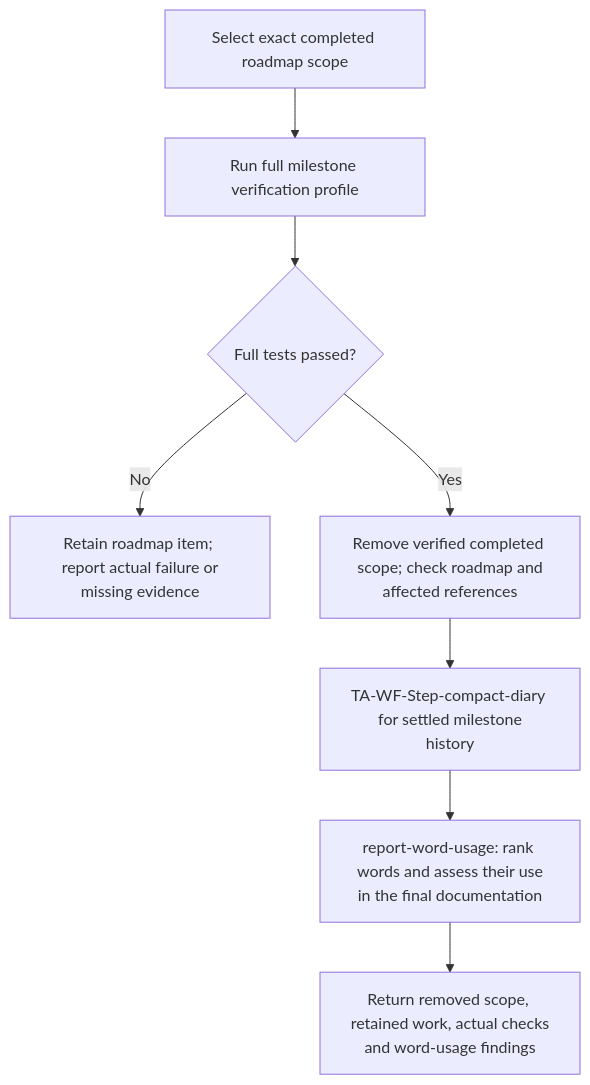
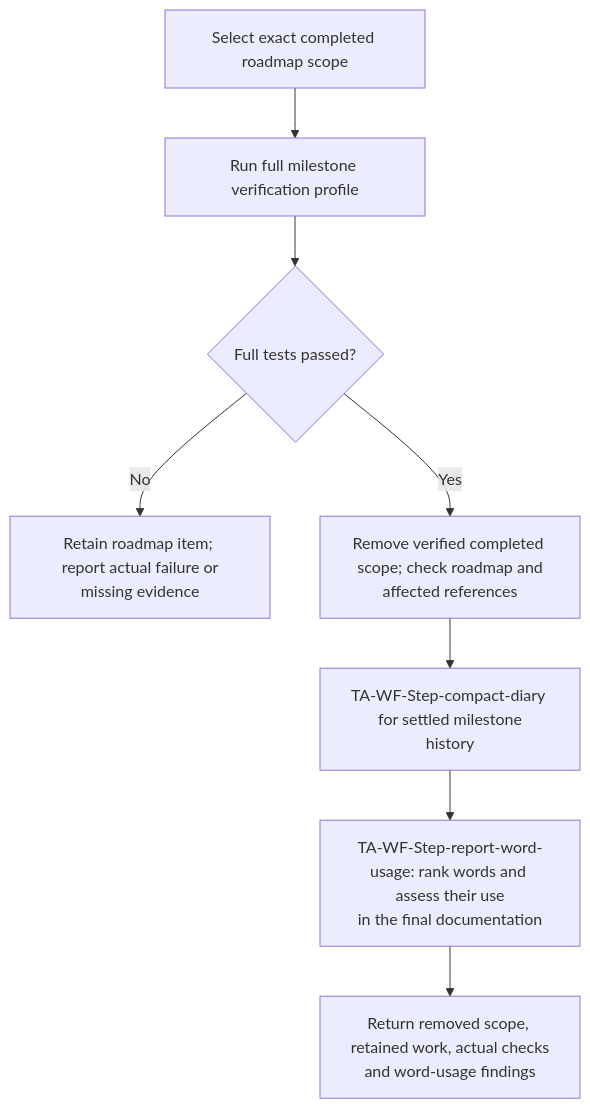
The eighth of 10 diagrams in .agents/skills/README.md (tomek-anuszkiewicz/amiga-studio), drawn with Mermaid before and after one commit. The commit also changed other lines of this file and 16 other files, not shown here.

````diff
--- a/.agents/skills/README.md
+++ b/.agents/skills/README.md
@@ -212,10 +212,10 @@
 ```mermaid
 flowchart TD
     Scope["Select exact completed roadmap scope"] --> Tests["Run full milestone verification profile"]
     Tests --> Passed{"Full tests passed?"}
     Passed -->|No| Keep["Retain roadmap item; report actual failure or<br/>missing evidence"]
     Passed -->|Yes| Remove["Remove verified completed scope; check roadmap and<br/>affected references"]
     Remove --> Diary["TA-WF-Step-compact-diary for settled milestone<br/>history"]
-    Diary --> Words["report-word-usage: rank words and assess their use<br/>in the final documentation"]
+    Diary --> Words["TA-WF-Step-report-word-usage: rank words and assess their use<br/>in the final documentation"]
     Words --> Result["Return removed scope, retained work, actual checks<br/>and word-usage findings"]
 ```
````
